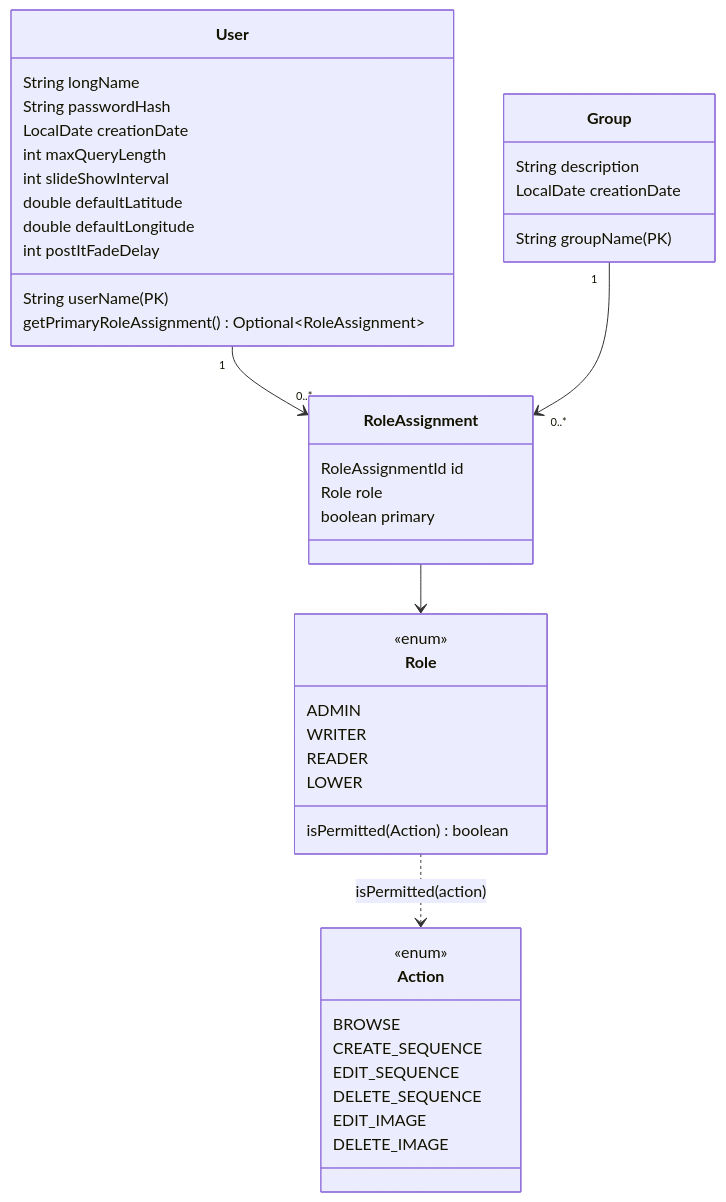
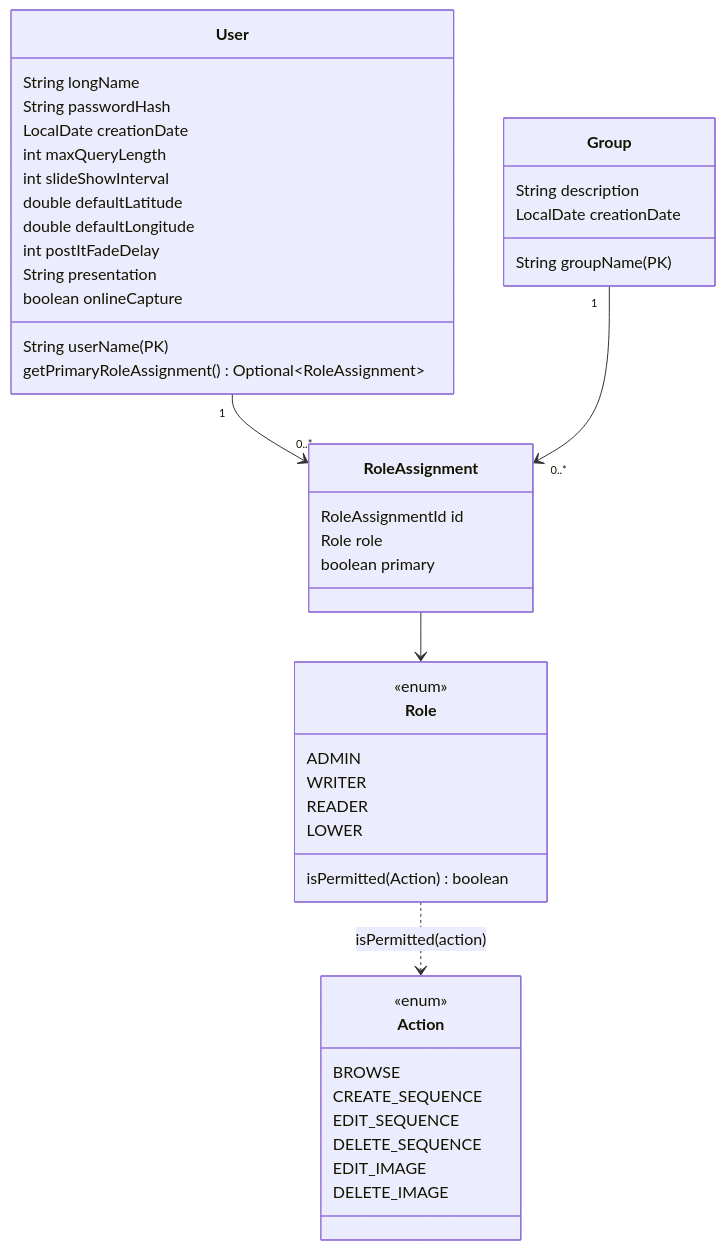
Before and after one commit to marc-mada/myphotodiary: the third of 4 diagrams in docs/Design.md, drawn with Mermaid. The commit also changed other lines of this file and 68 other files, not shown here.

````diff
--- a/docs/Design.md
+++ b/docs/Design.md
@@ -250,46 +253,48 @@
 ```mermaid
 classDiagram
     class User {
         String userName (PK)
         String longName
         String passwordHash
         LocalDate creationDate
         int maxQueryLength
         int slideShowInterval
         double defaultLatitude
         double defaultLongitude
         int postItFadeDelay
+        String presentation
+        boolean onlineCapture
         getPrimaryRoleAssignment() Optional~RoleAssignment~
     }
     class Group {
         String groupName (PK)
         String description
         LocalDate creationDate
     }
     class RoleAssignment {
         RoleAssignmentId id
         Role role
         boolean primary
     }
     class Role {
         <<enum>>
         ADMIN
         WRITER
         READER
         LOWER
         isPermitted(Action) boolean
     }
     class Action {
         <<enum>>
         BROWSE
         CREATE_SEQUENCE
         EDIT_SEQUENCE
         DELETE_SEQUENCE
         EDIT_IMAGE
         DELETE_IMAGE
     }
     User "1" --> "0..*" RoleAssignment
     Group "1" --> "0..*" RoleAssignment
     RoleAssignment --> Role
     Role ..> Action : isPermitted(action)
 ```
````
